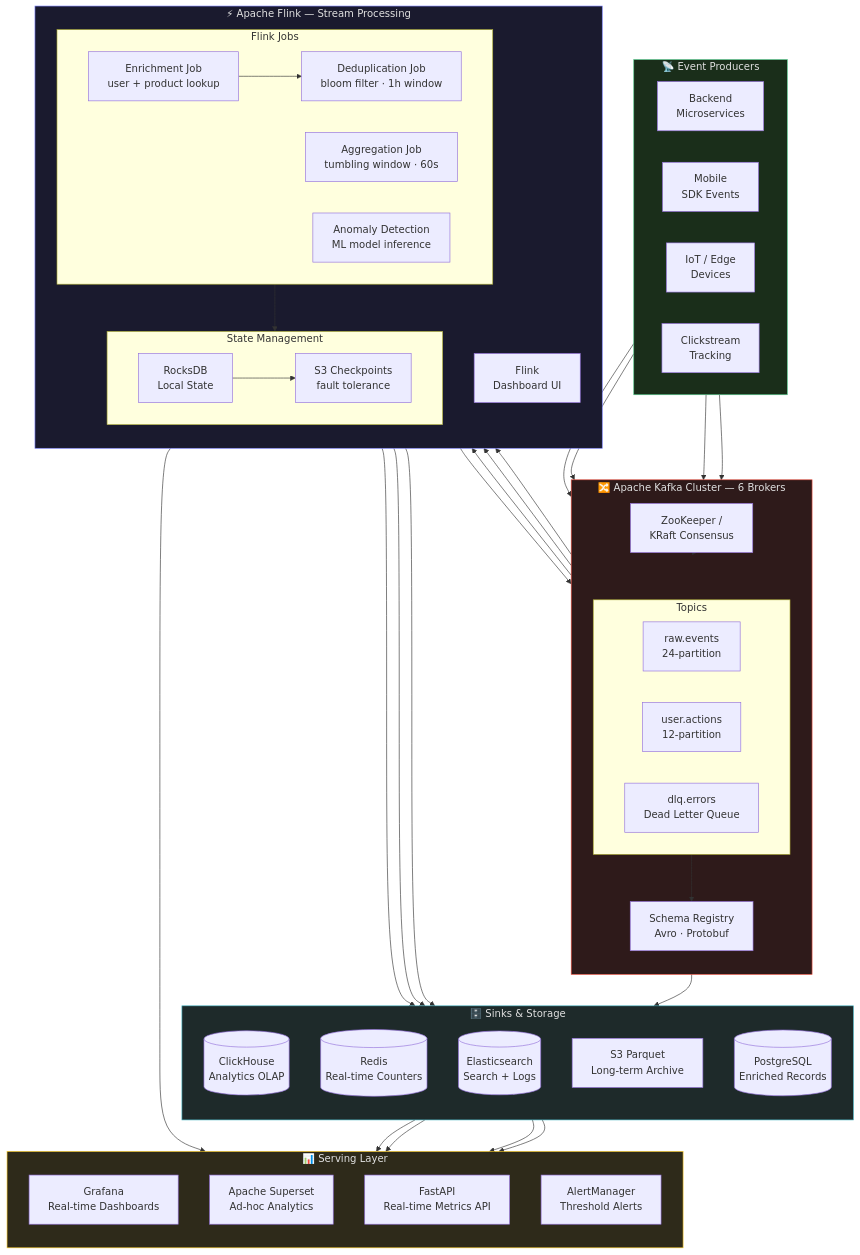
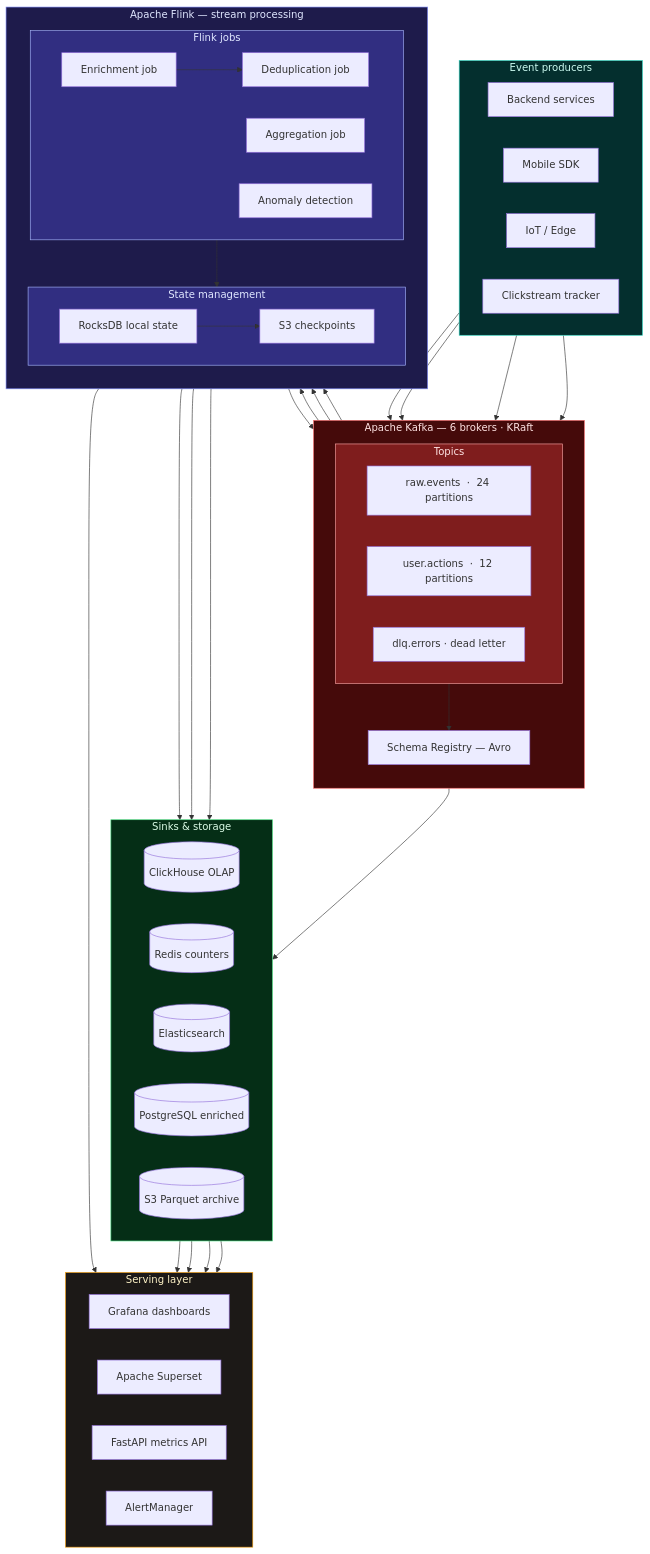
One commit to riovic918data/riovic918data changed the fourth of 5 diagrams in README.md. Above: the diagram before and after it, drawn with Mermaid. The commit also changed other lines of this file, not shown here.

````diff
--- a/README.md
+++ b/README.md
@@ -390,78 +337,75 @@
 ```mermaid
 graph TB
-    subgraph PRODUCERS["📡 Event Producers"]
+    subgraph PROD["Event producers"]
         direction LR
-        APP1[Backend\nMicroservices]
-        APP2[Mobile\nSDK Events]
-        APP3[IoT / Edge\nDevices]
-        APP4[Clickstream\nTracking]
+        BE["Backend services"]
+        MOB["Mobile SDK"]
+        IOT["IoT / Edge"]
+        CS["Clickstream tracker"]
     end
 
-    subgraph KAFKA_CLUSTER["🔀 Apache Kafka Cluster — 6 Brokers"]
+    subgraph KFK["Apache Kafka — 6 brokers · KRaft"]
         direction TB
         subgraph TOPICS["Topics"]
             direction LR
-            T_RAW[raw.events\n24-partition]
-            T_USER[user.actions\n12-partition]
-            T_ERRORS[dlq.errors\nDead Letter Queue]
+            TR["raw.events  ·  24 partitions"]
+            TU["user.actions  ·  12 partitions"]
+            TD["dlq.errors  ·  dead letter"]
         end
-        ZK[ZooKeeper /\nKRaft Consensus]
-        SR[Schema Registry\nAvro · Protobuf]
+        SR["Schema Registry — Avro"]
     end
 
-    subgraph FLINK["⚡ Apache Flink — Stream Processing"]
+    subgraph FLINK["Apache Flink — stream processing"]
         direction TB
-        subgraph JOBS["Flink Jobs"]
+        subgraph JOBS["Flink jobs"]
             direction LR
-            JOB_ENRICH[Enrichment Job\nuser + product lookup]
-            JOB_DEDUP[Deduplication Job\nbloom filter · 1h window]
-            JOB_AGG[Aggregation Job\ntumbling window · 60s]
-            JOB_DETECT[Anomaly Detection\nML model inference]
+            JE["Enrichment job"]
+            JD["Deduplication job"]
+            JA["Aggregation job"]
+            JM["Anomaly detection"]
         end
-        subgraph STATE["State Management"]
+        subgraph STATE["State management"]
             direction LR
-            ROCKSDB[RocksDB\nLocal State]
-            CHECKPOINTS[S3 Checkpoints\nfault tolerance]
+            RDB["RocksDB local state"]
+            CKP["S3 checkpoints"]
         end
-        FLINK_UI[Flink\nDashboard UI]
     end
 
-    subgraph SINKS["🗄️ Sinks & Storage"]
-        direction TB
-        CLICKHOUSE[(ClickHouse\nAnalytics OLAP)]
-        REDIS_RT[(Redis\nReal-time Counters)]
-        ES[(Elasticsearch\nSearch + Logs)]
-        S3_SINK[S3 Parquet\nLong-term Archive]
-        PG_ENRICH[(PostgreSQL\nEnriched Records)]
+    subgraph SINKS["Sinks & storage"]
+        direction LR
+        CH[("ClickHouse OLAP")]
+        RD[("Redis counters")]
+        ES[("Elasticsearch")]
+        PGE[("PostgreSQL enriched")]
+        S3P[("S3 Parquet archive")]
     end
 
-    subgraph SERVE["📊 Serving Layer"]
-        direction TB
-        GRAFANA[Grafana\nReal-time Dashboards]
-        SUPERSET[Apache Superset\nAd-hoc Analytics]
-        FASTAPI_RT[FastAPI\nReal-time Metrics API]
-        ALERT_MGR[AlertManager\nThreshold Alerts]
+    subgraph SERVE["Serving layer"]
+        direction LR
+        GRAF["Grafana dashboards"]
+        SUP["Apache Superset"]
+        FAPI["FastAPI metrics API"]
+        ALRT["AlertManager"]
     end
 
-    APP1 & APP2 & APP3 & APP4 --> T_RAW
-    T_RAW --> SR
-    T_RAW --> JOB_ENRICH
-    JOB_ENRICH --> JOB_DEDUP
-    JOB_DEDUP --> T_USER
-    T_USER --> JOB_AGG
-    T_USER --> JOB_DETECT
-    JOB_AGG --> CLICKHOUSE & REDIS_RT
-    JOB_DETECT --> ALERT_MGR
-    JOB_ENRICH --> PG_ENRICH
-    T_ERRORS --> ES
-    JOBS --> ROCKSDB --> CHECKPOINTS
-    CLICKHOUSE --> GRAFANA & SUPERSET & FASTAPI_RT
-    REDIS_RT --> FASTAPI_RT
-    ZK --> KAFKA_CLUSTER
+    BE & MOB & IOT & CS --> TR
+    TR --> SR
+    TR --> JE --> JD --> TU
+    TU --> JA & JM
+    JA --> CH & RD
+    JM --> ALRT
+    JE --> PGE
+    TD --> ES
+    JOBS --> RDB --> CKP
+    CH --> GRAF & SUP & FAPI
+    RD --> FAPI
 
-    style PRODUCERS fill:#1a2e1a,stroke:#52c788,color:#e0e0e0
-    style KAFKA_CLUSTER fill:#2e1a1a,stroke:#e74c3c,color:#e0e0e0
-    style FLINK fill:#1a1a2e,stroke:#7c83fd,color:#e0e0e0
-    style SINKS fill:#1e2a2a,stroke:#44b3c2,color:#e0e0e0
-    style SERVE fill:#2e2a1a,stroke:#f9ca24,color:#e0e0e0
+    style PROD   fill:#042f2e,stroke:#2dd4bf,color:#ccfbf1
+    style KFK    fill:#450a0a,stroke:#f87171,color:#fee2e2
+    style TOPICS fill:#7f1d1d,stroke:#fca5a5,color:#fee2e2
+    style FLINK  fill:#1e1b4b,stroke:#818cf8,color:#e0e7ff
+    style JOBS   fill:#312e81,stroke:#a5b4fc,color:#e0e7ff
+    style STATE  fill:#312e81,stroke:#a5b4fc,color:#e0e7ff
+    style SINKS  fill:#052e16,stroke:#4ade80,color:#dcfce7
+    style SERVE  fill:#1c1917,stroke:#f59e0b,color:#fef3c7
 ```
````
